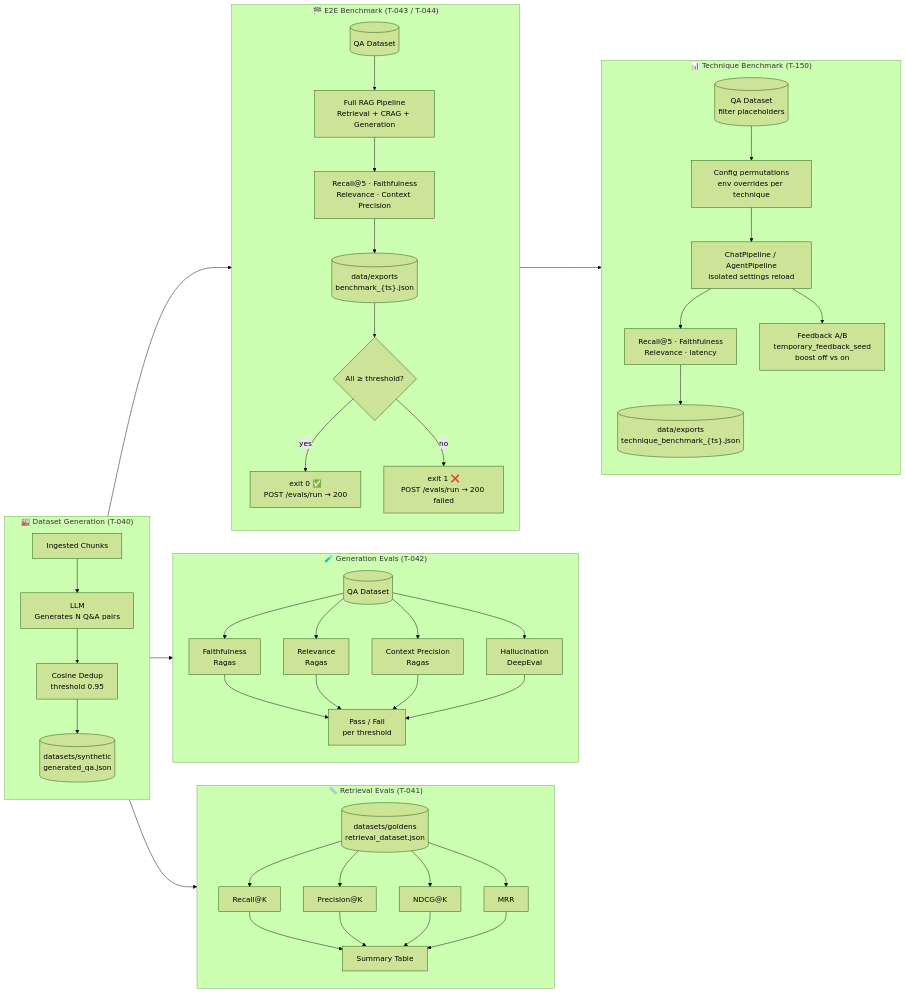
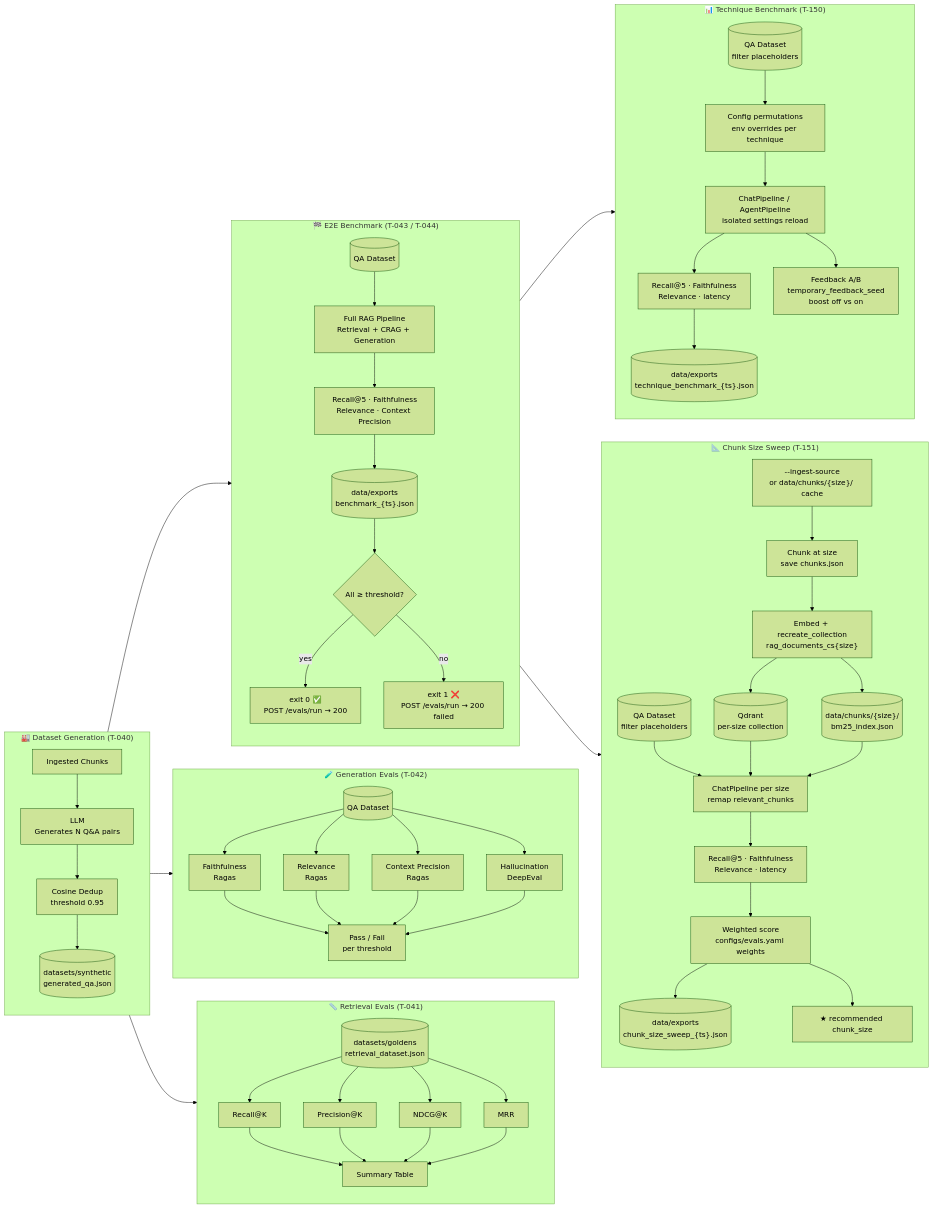
Before and after one commit to ealbertoav/rag_platform: diagram 13 of 15 in README.md, drawn with Mermaid (forest theme). The commit also changed other lines of this file and 1 other file, not shown here.

First line of the commit message:
Add chunk size sweep (T-151) for optimizing RAG benchmarks

````diff
--- a/README.md
+++ b/README.md
@@ -2368,46 +2434,61 @@
 ```mermaid
 flowchart LR
     subgraph GEN["🏭 Dataset Generation (T-040)"]
         IC[Ingested Chunks] --> LLM2["LLM<br/>Generates N Q&A pairs"]
         LLM2 --> DED["Cosine Dedup<br/>threshold 0.95"]
         DED --> QA[("datasets/synthetic<br/>generated_qa.json")]
     end
 
     subgraph RET["📏 Retrieval Evals (T-041)"]
         QA2[("datasets/goldens<br/>retrieval_dataset.json")] --> R1["Recall@K"]
         QA2 --> R2["Precision@K"]
         QA2 --> R3["NDCG@K"]
         QA2 --> R4["MRR"]
         R1 & R2 & R3 & R4 --> RT[Summary Table]
     end
 
     subgraph GEN2["🧪 Generation Evals (T-042)"]
         QA3[("QA Dataset")] --> F["Faithfulness<br/>Ragas"]
         QA3 --> RV["Relevance<br/>Ragas"]
         QA3 --> CP["Context Precision<br/>Ragas"]
         QA3 --> H["Hallucination<br/>DeepEval"]
         F & RV & CP & H --> GR["Pass / Fail<br/>per threshold"]
     end
 
     subgraph E2E["🏁 E2E Benchmark (T-043 / T-044)"]
         QA4[("QA Dataset")] --> PIPE["Full RAG Pipeline<br/>Retrieval + CRAG + Generation"]
         PIPE --> MET["Recall@5 · Faithfulness<br/>Relevance · Context Precision"]
         MET --> RPT[("data/exports<br/>benchmark_{ts}.json")]
         RPT --> EXIT{All ≥ threshold?}
         EXIT -->|yes| PASS["exit 0 ✅<br/>POST /evals/run → 200"]
         EXIT -->|no| FAIL["exit 1 ❌<br/>POST /evals/run → 200 failed"]
     end
 
     subgraph TECH["📊 Technique Benchmark (T-150)"]
         QA5[("QA Dataset<br/>filter placeholders")] --> CFG["Config permutations<br/>env overrides per technique"]
         CFG --> RUN["ChatPipeline / AgentPipeline<br/>isolated settings reload"]
         RUN --> MET2["Recall@5 · Faithfulness<br/>Relevance · latency"]
         MET2 --> TB[("data/exports<br/>technique_benchmark_{ts}.json")]
         RUN --> FBAB["Feedback A/B<br/>temporary_feedback_seed<br/>boost off vs on"]
     end
 
+    subgraph SWEEP["📐 Chunk Size Sweep (T-151)"]
+        SRC["--ingest-source<br/>or data/chunks/{size}/ cache"] --> CHK["Chunk at size<br/>save chunks.json"]
+        CHK --> IDX["Embed + recreate_collection<br/>rag_documents_cs{size}"]
+        IDX --> BM25S[("data/chunks/{size}/<br/>bm25_index.json")]
+        IDX --> QCS[("Qdrant<br/>per-size collection")]
+        QA6[("QA Dataset<br/>filter placeholders")] --> EVAL["ChatPipeline per size<br/>remap relevant_chunks"]
+        QCS --> EVAL
+        BM25S --> EVAL
+        EVAL --> MET3["Recall@5 · Faithfulness<br/>Relevance · latency"]
+        MET3 --> WGT["Weighted score<br/>configs/evals.yaml weights"]
+        WGT --> CS[("data/exports<br/>chunk_size_sweep_{ts}.json")]
+        WGT --> REC["★ recommended chunk_size"]
+    end
+
     GEN --> RET
     GEN --> GEN2
     GEN --> E2E
     E2E --> TECH
+    E2E --> SWEEP
 ```
````
